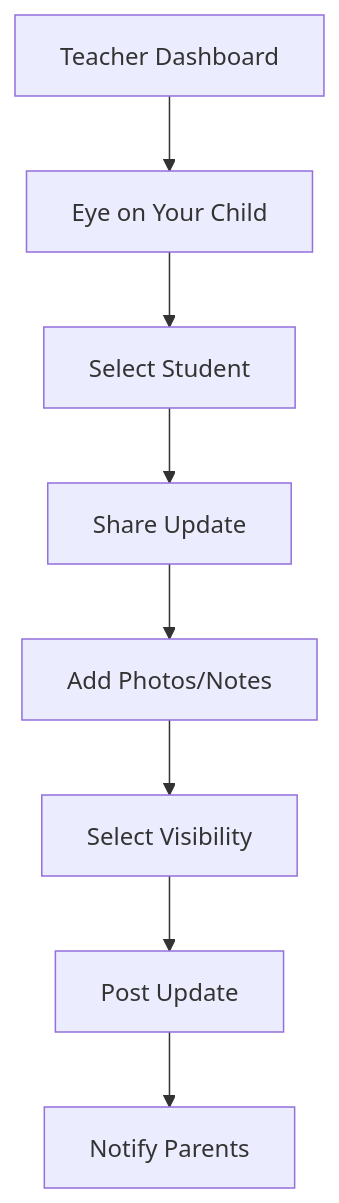
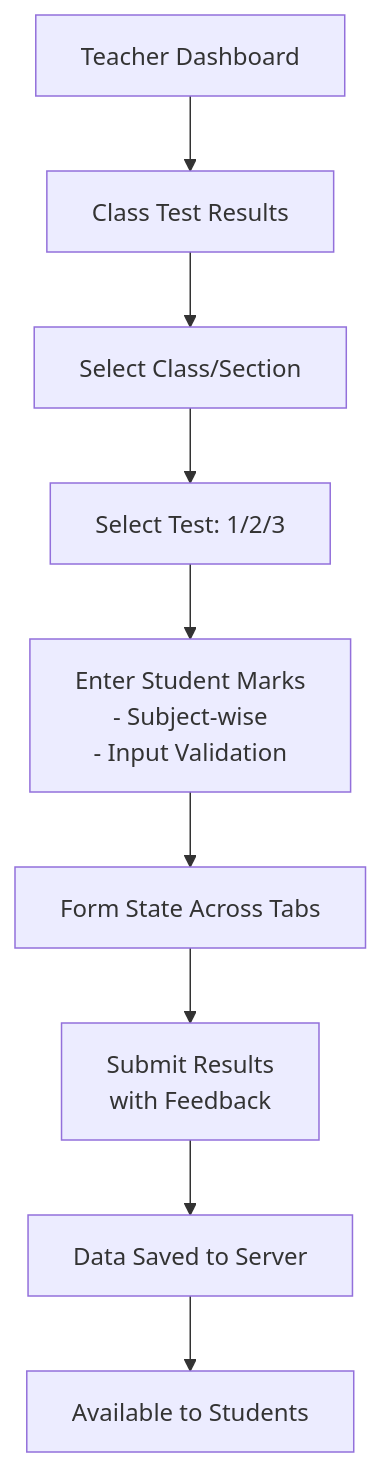
Before and after one commit to kainatsghar/CityzensApp: the fifth of 5 diagrams in README.md, drawn with Mermaid. The commit also changed other lines of this file and 36 other files, not shown here.

````diff
--- a/README.md
+++ b/README.md
@@ -100,10 +742,11 @@
 ```mermaid
-flowchart TD
-    A[Teacher Dashboard] --> B[Eye on Your Child]
-    B --> C[Select Student]
-    C --> D[Share Update]
-    D --> E[Add Photos/Notes]
-    E --> F[Select Visibility]
-    F --> G[Post Update]
-    G --> H[Notify Parents]
+graph TD
+    A[Teacher Dashboard] --> B[Class Test Results]
+    B --> C[Select Class/Section]
+    C --> D[Select Test: 1/2/3]
+    D --> E["Enter Student Marks<br/>- Subject-wise<br/>- Input Validation"]
+    E --> F[Form State Across Tabs]
+    F --> G["Submit Results<br/>with Feedback"]
+    G --> H[Data Saved to Server]
+    H --> I[Available to Students]
 ```
````
